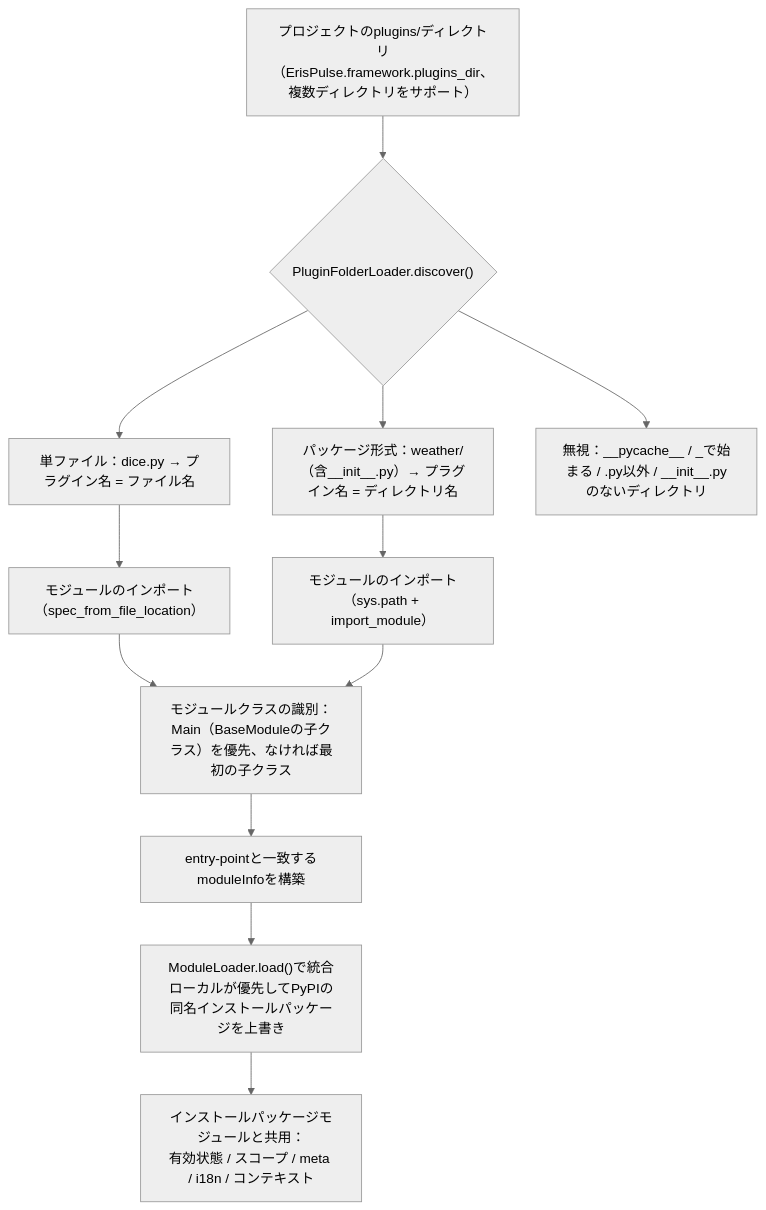
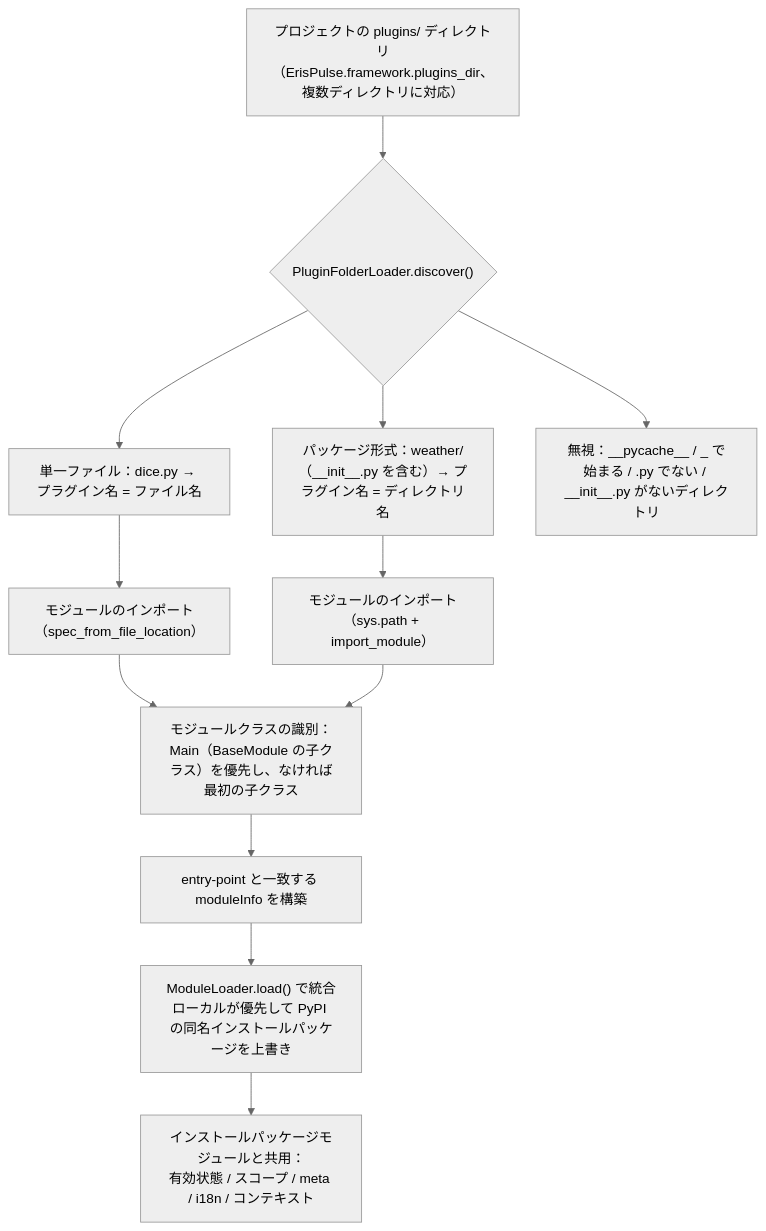
One commit to ErisPulse/ErisPulse changed the eighth of 10 diagrams in docs/ja/architecture.md. Above: the diagram before and after it, drawn with Mermaid (neutral theme). The commit also changed other lines of this file and 828 other files, not shown here.

````diff
--- a/docs/ja/architecture.md
+++ b/docs/ja/architecture.md
@@ -258,14 +261,14 @@
 ```mermaid
 flowchart TD
-    A["プロジェクトのplugins/ディレクトリ<br/>（ErisPulse.framework.plugins_dir、複数ディレクトリをサポート）"] --> B{"PluginFolderLoader.discover()"}
-    B --> C["単ファイル：dice.py → プラグイン名 = ファイル名"]
-    B --> D["パッケージ形式：weather/（含__init__.py）→ プラグイン名 = ディレクトリ名"]
-    B --> E["無視：__pycache__ / _で始まる / .py以外 / __init__.pyのないディレクトリ"]
+    A["プロジェクトの plugins/ ディレクトリ<br/>（ErisPulse.framework.plugins_dir、複数ディレクトリに対応）"] --> B{"PluginFolderLoader.discover()"}
+    B --> C["単一ファイル：dice.py → プラグイン名 = ファイル名"]
+    B --> D["パッケージ形式：weather/（__init__.py を含む）→ プラグイン名 = ディレクトリ名"]
+    B --> E["無視：__pycache__ / _ で始まる / .py でない / __init__.py がないディレクトリ"]
     C --> F["モジュールのインポート（spec_from_file_location）"]
     D --> G["モジュールのインポート（sys.path + import_module）"]
-    F --> H["モジュールクラスの識別：Main（BaseModuleの子クラス）を優先、なければ最初の子クラス"]
+    F --> H["モジュールクラスの識別：Main（BaseModule の子クラス）を優先し、なければ最初の子クラス"]
     G --> H
-    H --> I["entry-pointと一致するmoduleInfoを構築"]
-    I --> J["ModuleLoader.load()で統合<br/>ローカルが優先してPyPIの同名インストールパッケージを上書き"]
+    H --> I["entry-point と一致する moduleInfo を構築"]
+    I --> J["ModuleLoader.load() で統合<br/>ローカルが優先して PyPI の同名インストールパッケージを上書き"]
     J --> K["インストールパッケージモジュールと共用：<br/>有効状態 / スコープ / meta / i18n / コンテキスト"]
 ```
````
